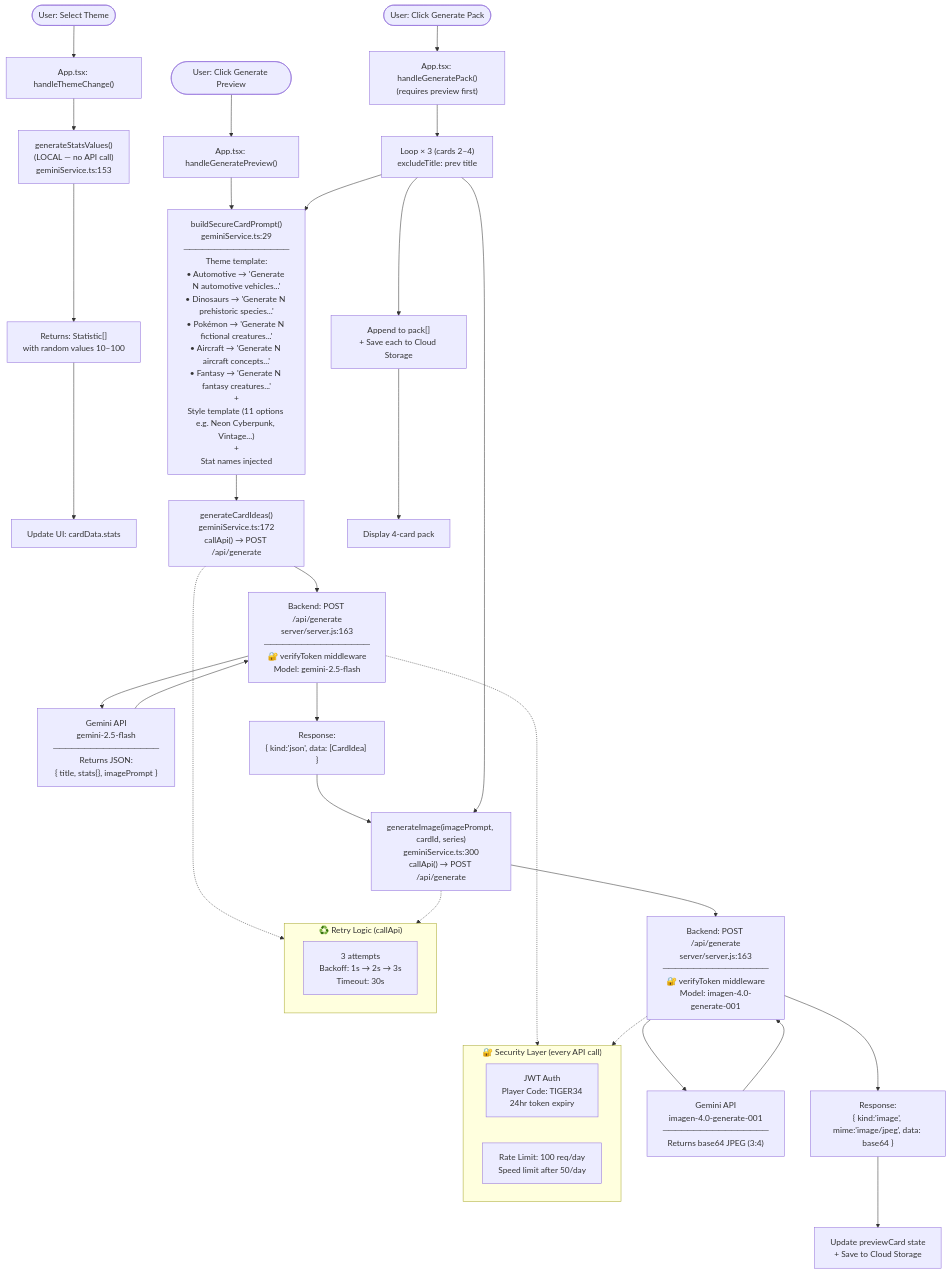
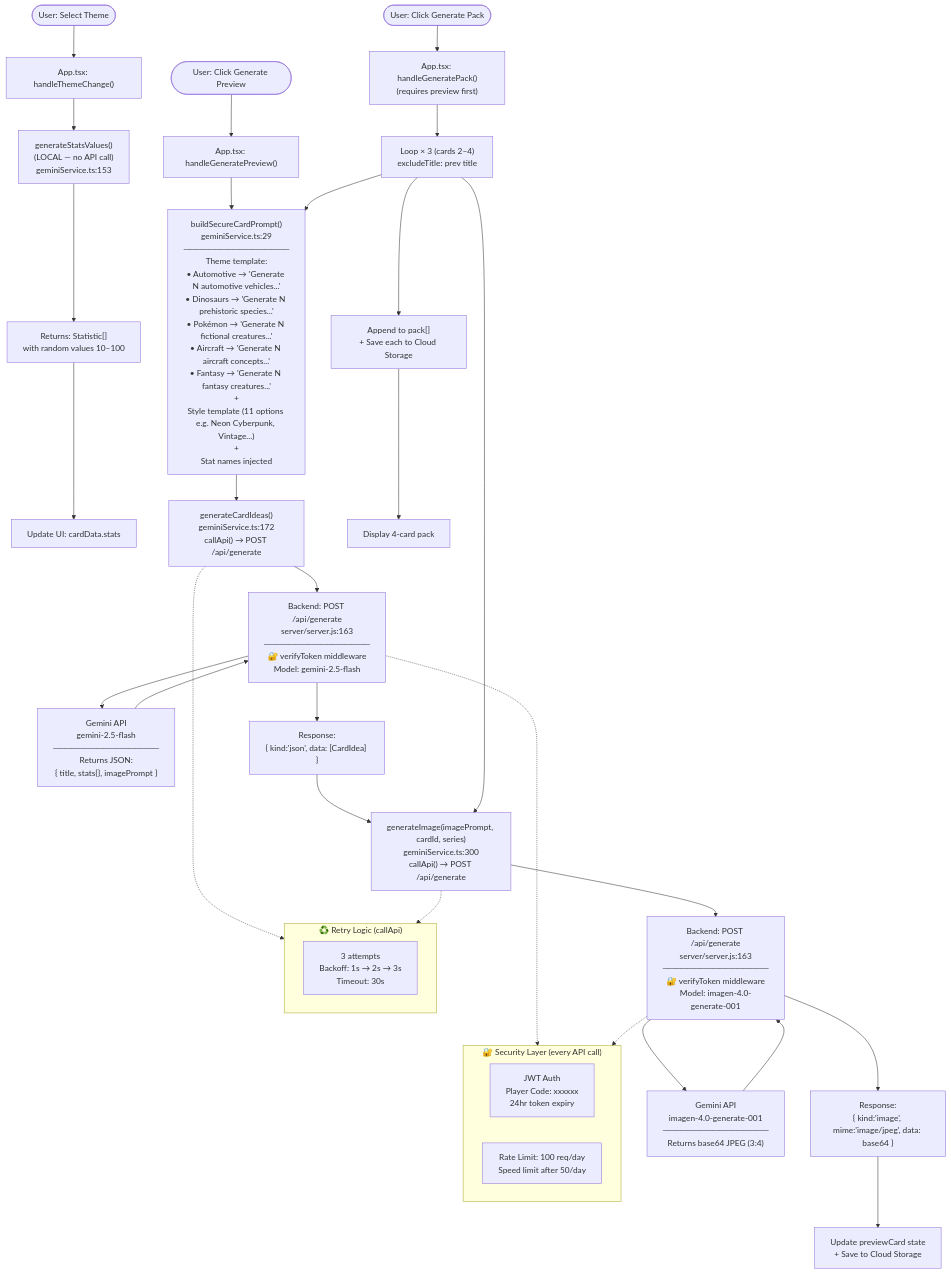
One commit to johnj212/AI-Top-Trumps-Card-Generator changed the diagram in README.md. Above: the diagram before and after it, drawn with Mermaid. The commit also changed other lines of this file, not shown here.

````diff
--- a/README.md
+++ b/README.md
@@ -203,61 +203,61 @@
 ```mermaid
 flowchart TD
     %% User Actions
     U1([User: Select Theme]) --> A1
     U2([User: Click Generate Preview]) --> B1
     U3([User: Click Generate Pack]) --> C1
 
     %% Theme Selection Flow
     A1["App.tsx: handleThemeChange()"]
     A1 --> A2["generateStatsValues()\n(LOCAL — no API call)\ngeminiService.ts:153"]
     A2 --> A3["Returns: Statistic[]\nwith random values 10–100"]
     A3 --> A4["Update UI: cardData.stats"]
 
     %% Preview Generation Flow
     B1["App.tsx: handleGeneratePreview()"] --> B2
 
     B2["buildSecureCardPrompt()\ngeminiService.ts:29\n─────────────────\nTheme template:\n• Automotive → 'Generate N automotive vehicles...'\n• Dinosaurs → 'Generate N prehistoric species...'\n• Pokémon → 'Generate N fictional creatures...'\n• Aircraft → 'Generate N aircraft concepts...'\n• Fantasy → 'Generate N fantasy creatures...'\n+\nStyle template (11 options e.g. Neon Cyberpunk, Vintage...)\n+\nStat names injected"]
 
     B2 --> B3["generateCardIdeas()\ngeminiService.ts:172\ncallApi() → POST /api/generate"]
 
     B3 --> API1
 
     %% Backend
     API1["Backend: POST /api/generate\nserver/server.js:163\n─────────────────\n🔐 verifyToken middleware\nModel: gemini-2.5-flash"]
     API1 --> GEM1["Gemini API\ngemini-2.5-flash\n─────────────────\nReturns JSON:\n{ title, stats{}, imagePrompt }"]
     GEM1 --> API1
     API1 --> B4["Response:\n{ kind:'json', data: [CardIdea] }"]
 
     B4 --> B5["generateImage(imagePrompt, cardId, series)\ngeminiService.ts:300\ncallApi() → POST /api/generate"]
     B5 --> API2["Backend: POST /api/generate\nserver/server.js:163\n─────────────────\n🔐 verifyToken middleware\nModel: imagen-4.0-generate-001"]
     API2 --> GEM2["Gemini API\nimagen-4.0-generate-001\n─────────────────\nReturns base64 JPEG (3:4)"]
     GEM2 --> API2
     API2 --> B6["Response:\n{ kind:'image', mime:'image/jpeg', data: base64 }"]
 
     B6 --> B7["Update previewCard state\n+ Save to Cloud Storage"]
 
     %% Pack Generation Flow (3 more cards)
     C1["App.tsx: handleGeneratePack()\n(requires preview first)"]
     C1 --> C2["Loop × 3 (cards 2–4)\nexcludeTitle: prev title"]
     C2 --> B2
     C2 --> B5
     C2 --> C3["Append to pack[]\n+ Save each to Cloud Storage"]
     C3 --> C4["Display 4-card pack"]
 
     %% Auth + Rate Limiting
     subgraph Security ["🔐 Security Layer (every API call)"]
-        S1["JWT Auth\nPlayer Code: TIGER34\n24hr token expiry"]
+        S1["JWT Auth\nPlayer Code: xxxxxx\n24hr token expiry"]
         S2["Rate Limit: 100 req/day\nSpeed limit after 50/day"]
     end
 
     API1 -.-> Security
     API2 -.-> Security
 
     %% Retry Logic
     subgraph Retry ["♻️ Retry Logic (callApi)"]
         R1["3 attempts\nBackoff: 1s → 2s → 3s\nTimeout: 30s"]
     end
 
     B3 -.-> Retry
     B5 -.-> Retry
 ```
````
